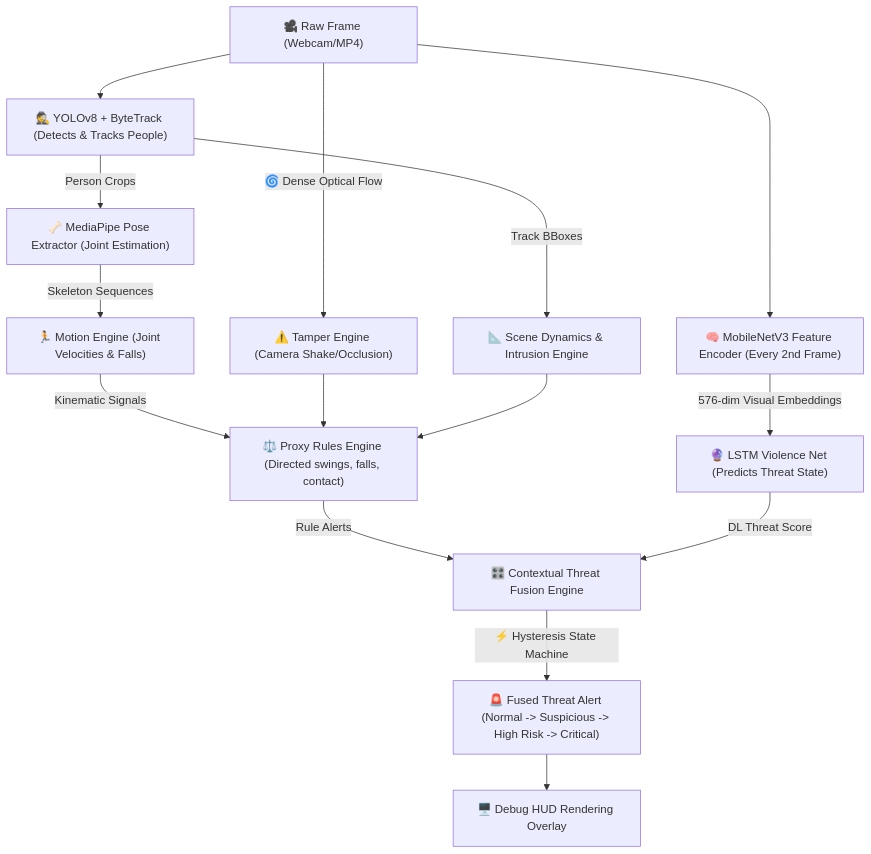
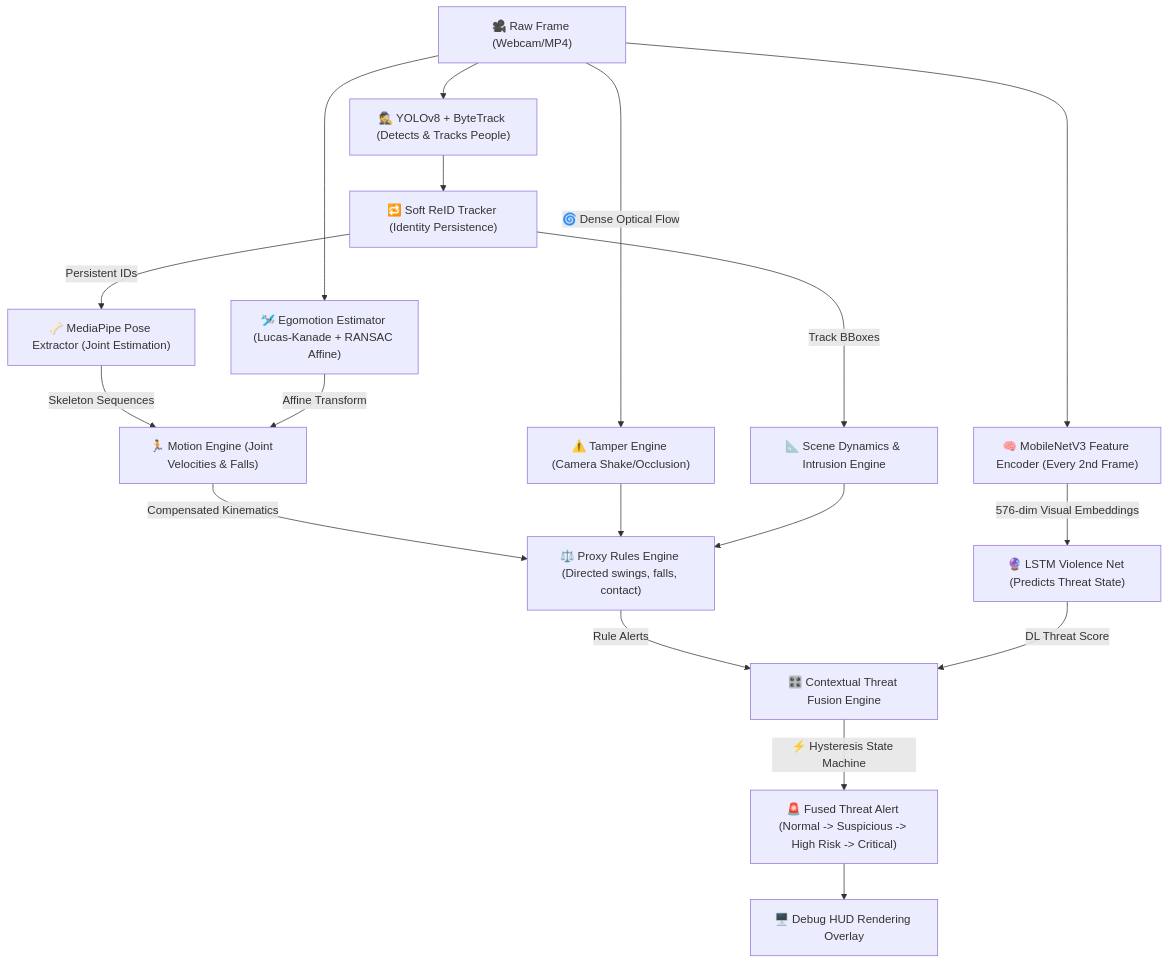
Before and after one commit to Mithunjagan/Project007: the diagram in README.md, drawn with Mermaid. The commit also changed other lines of this file and 21 other files, not shown here.

````diff
--- a/README.md
+++ b/README.md
@@ -12,16 +12,19 @@
 ```mermaid
 graph TD
     A["🎥 Raw Frame (Webcam/MP4)"] --> B["🕵️ YOLOv8 + ByteTrack (Detects & Tracks People)"]
     A --> C["🧠 MobileNetV3 Feature Encoder (Every 2nd Frame)"]
-    B -->|"Person Crops"| D["🦴 MediaPipe Pose Extractor (Joint Estimation)"]
-    B -->|"Track BBoxes"| E["📐 Scene Dynamics & Intrusion Engine"]
+    A --> M["🛩️ Egomotion Estimator (Lucas-Kanade + RANSAC Affine)"]
+    B --> N["🔁 Soft ReID Tracker (Identity Persistence)"]
+    N -->|"Persistent IDs"| D["🦴 MediaPipe Pose Extractor (Joint Estimation)"]
+    N -->|"Track BBoxes"| E["📐 Scene Dynamics & Intrusion Engine"]
     A -->|"🌀 Dense Optical Flow"| F["⚠️ Tamper Engine (Camera Shake/Occlusion)"]
     D -->|"Skeleton Sequences"| G["🏃 Motion Engine (Joint Velocities & Falls)"]
-    G -->|"Kinematic Signals"| H["⚖️ Proxy Rules Engine (Directed swings, falls, contact)"]
+    M -->|"Affine Transform"| G
+    G -->|"Compensated Kinematics"| H["⚖️ Proxy Rules Engine (Directed swings, falls, contact)"]
     F & E --> H
     C -->|"576-dim Visual Embeddings"| I["🔮 LSTM Violence Net (Predicts Threat State)"]
     H -->|"Rule Alerts"| J["🎛️ Contextual Threat Fusion Engine"]
     I -->|"DL Threat Score"| J
     J -->|"⚡ Hysteresis State Machine"| K["🚨 Fused Threat Alert (Normal -> Suspicious -> High Risk -> Critical)"]
     K --> L["🖥️ Debug HUD Rendering Overlay"]
 ```
````
